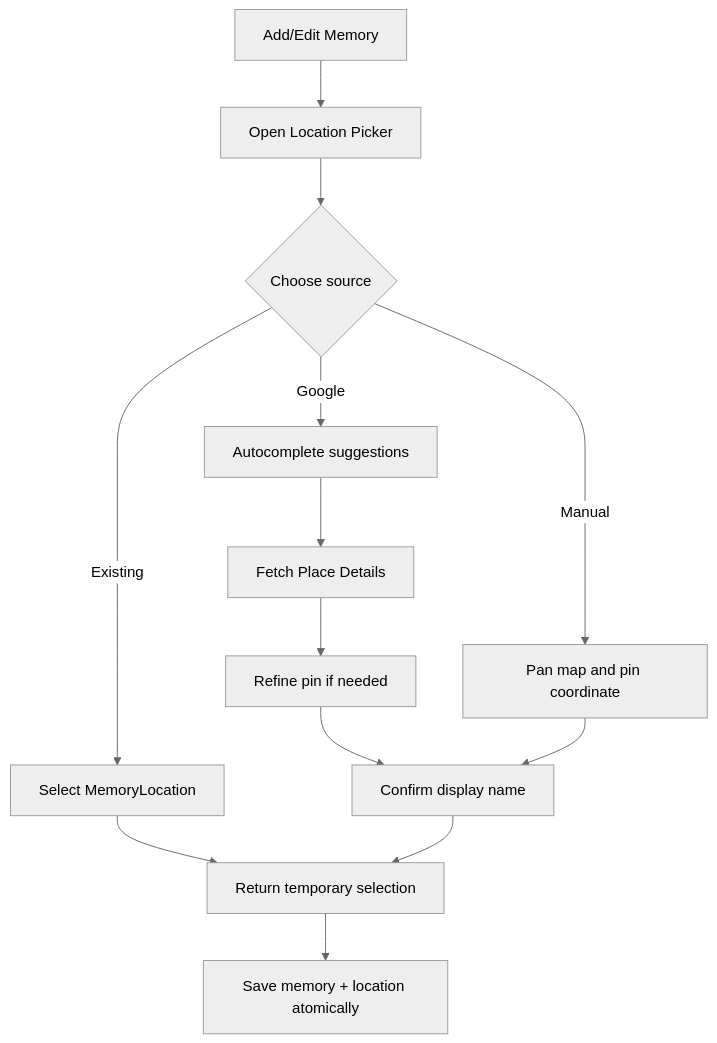
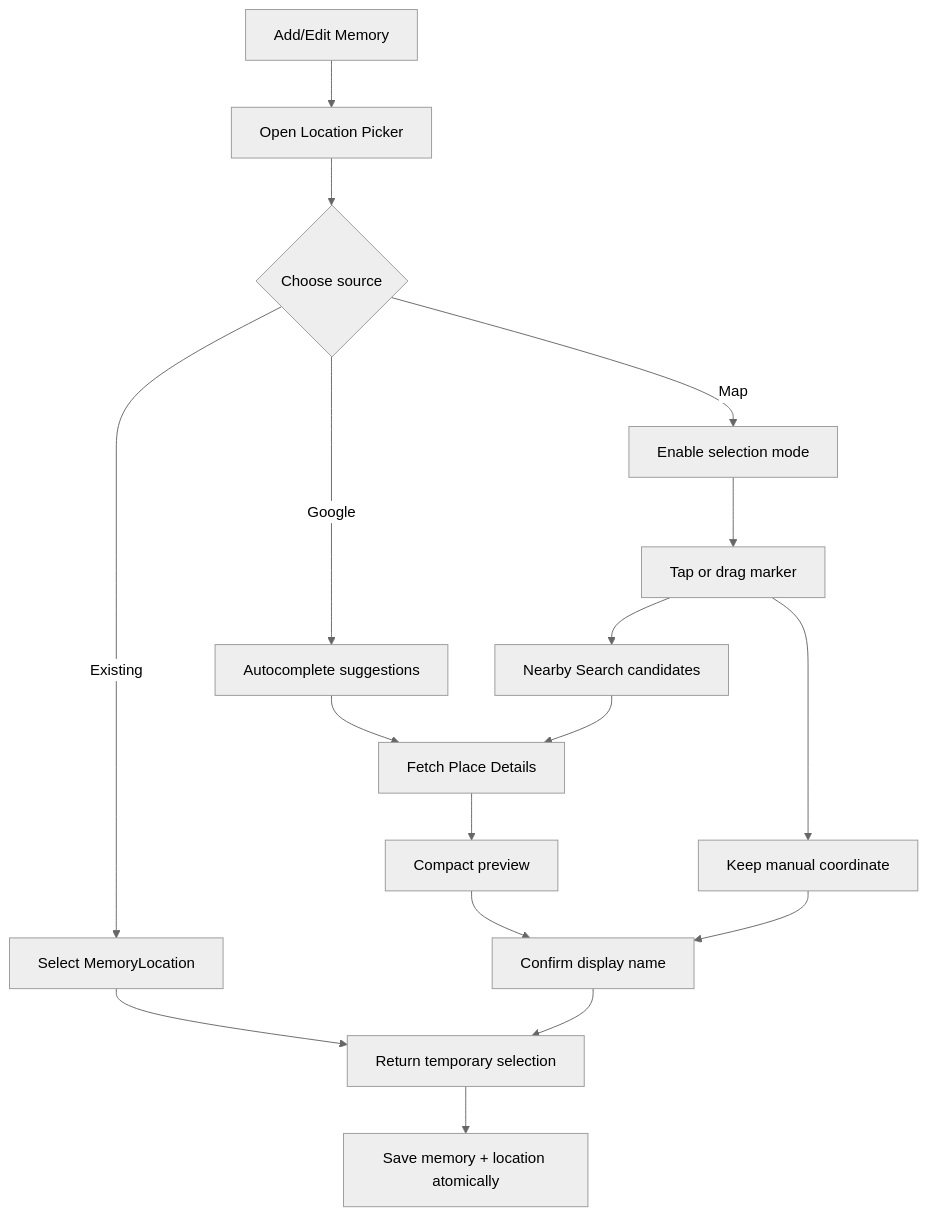
Before and after one commit to lehung1006/love-journal: the diagram in docs/designs/love-journal-implementation-spec.md, drawn with Mermaid (neutral theme). The commit also changed other lines of this file and 79 other files, not shown here.

````diff
--- a/docs/designs/love-journal-implementation-spec.md
+++ b/docs/designs/love-journal-implementation-spec.md
@@ -540,15 +671,19 @@
 ```mermaid
 flowchart TD
   A["Add/Edit Memory"] --> B["Open Location Picker"]
   B --> C{"Choose source"}
   C -->|"Existing"| D["Select MemoryLocation"]
   C -->|"Google"| E["Autocomplete suggestions"]
   E --> F["Fetch Place Details"]
-  F --> G["Refine pin if needed"]
-  C -->|"Manual"| H["Pan map and pin coordinate"]
+  F --> G["Compact preview"]
+  C -->|"Map"| H["Enable selection mode"]
+  H --> L["Tap or drag marker"]
+  L --> M["Nearby Search candidates"]
+  M --> F
+  L --> N["Keep manual coordinate"]
   G --> I["Confirm display name"]
-  H --> I
+  N --> I
   D --> J["Return temporary selection"]
   I --> J
   J --> K["Save memory + location atomically"]
 ```
````
